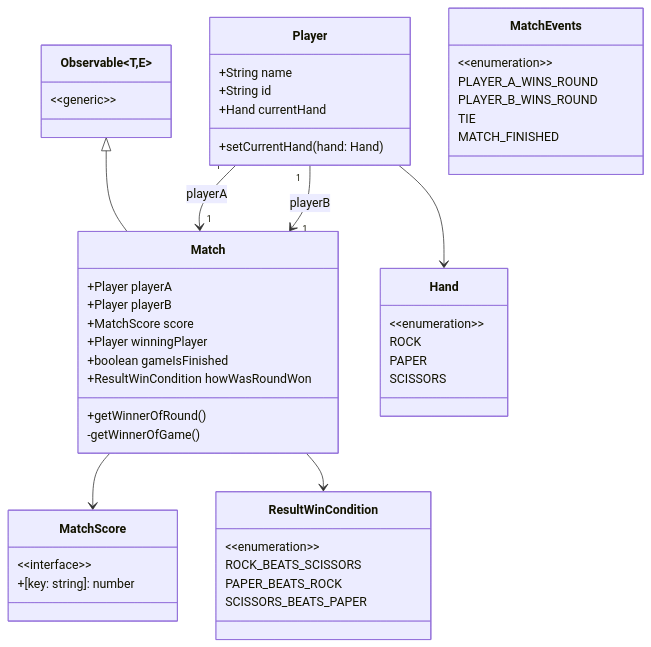
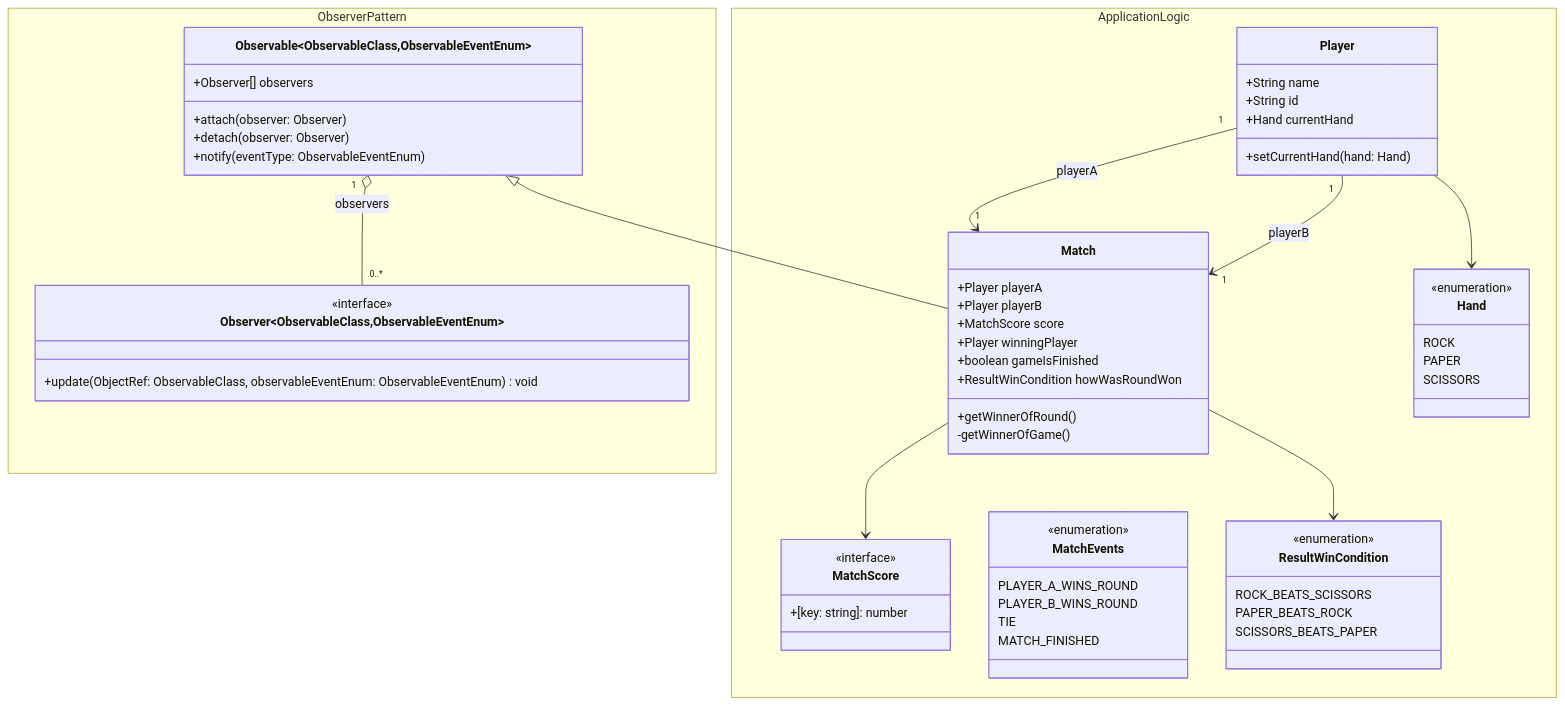
One commit to zoolu-got-rhythm/rock-paper-scissors changed the diagram in README.md. Above: the diagram before and after it, drawn with Mermaid. The commit also changed other lines of this file and 1 other file, not shown here.

````diff
--- a/README.md
+++ b/README.md
@@ -6,58 +7,74 @@
 ```mermaid
 classDiagram
-    class Player {
-        +String name
-        +String id
-        +Hand currentHand
-        +setCurrentHand(hand: Hand)
+    %% Observer/Observable pattern box
+    namespace ObserverPattern {
+
+        class Observer~ObservableClass,ObservableEventEnum~ {
+            <<interface>>
+            +update(ObjectRef: ObservableClass, observableEventEnum: ObservableEventEnum) void
+        }
+
+        class Observable~ObservableClass,ObservableEventEnum~ {
+            +Observer[] observers
+            +attach(observer: Observer)
+            +detach(observer: Observer)
+            +notify(eventType: ObservableEventEnum)
+        }
     }
 
-    class MatchScore {
-        &lt;&lt;interface&gt;&gt;
-        +[key: string]: number
-    }
+    %% Game Logic / Application State box
+    namespace ApplicationLogic {
+        class Player {
+            +String name
+            +String id
+            +Hand currentHand
+            +setCurrentHand(hand: Hand)
+        }
 
-    class Observable~T,E~ {
-        &lt;&lt;generic&gt;&gt;
-    }
+        class MatchScore {
+            <<interface>>
+            +[key: string]: number
+        }
 
-    class Match {
-        +Player playerA
-        +Player playerB
-        +MatchScore score
-        +Player winningPlayer
-        +boolean gameIsFinished
-        +ResultWinCondition howWasRoundWon
-        +getWinnerOfRound()
-        -getWinnerOfGame()
-    }
+        class Match {
+            +Player playerA
+            +Player playerB
+            +MatchScore score
+            +Player winningPlayer
+            +boolean gameIsFinished
+            +ResultWinCondition howWasRoundWon
+            +getWinnerOfRound()
+            -getWinnerOfGame()
+        }
 
-    class Hand {
-        &lt;&lt;enumeration&gt;&gt;
-        ROCK
-        PAPER
-        SCISSORS
-    }
+        class Hand {
+            <<enumeration>>
+            ROCK
+            PAPER
+            SCISSORS
+        }
 
-    class MatchEvents {
-        &lt;&lt;enumeration&gt;&gt;
-        PLAYER_A_WINS_ROUND
-        PLAYER_B_WINS_ROUND
-        TIE
-        MATCH_FINISHED
-    }
+        class MatchEvents {
+            <<enumeration>>
+            PLAYER_A_WINS_ROUND
+            PLAYER_B_WINS_ROUND
+            TIE
+            MATCH_FINISHED
+        }
 
-    class ResultWinCondition {
-        &lt;&lt;enumeration&gt;&gt;
-        ROCK_BEATS_SCISSORS
-        PAPER_BEATS_ROCK
-        SCISSORS_BEATS_PAPER
+        class ResultWinCondition {
+            <<enumeration>>
+            ROCK_BEATS_SCISSORS
+            PAPER_BEATS_ROCK
+            SCISSORS_BEATS_PAPER
+        }
     }
 
     Observable <|-- Match
+    Observable "1" o-- "0..*" Observer : observers
     Player "1" --> "1" Match : playerA
     Player "1" --> "1" Match : playerB
     Match --> MatchScore
     Match --> ResultWinCondition
     Player --> Hand
 ```
````
